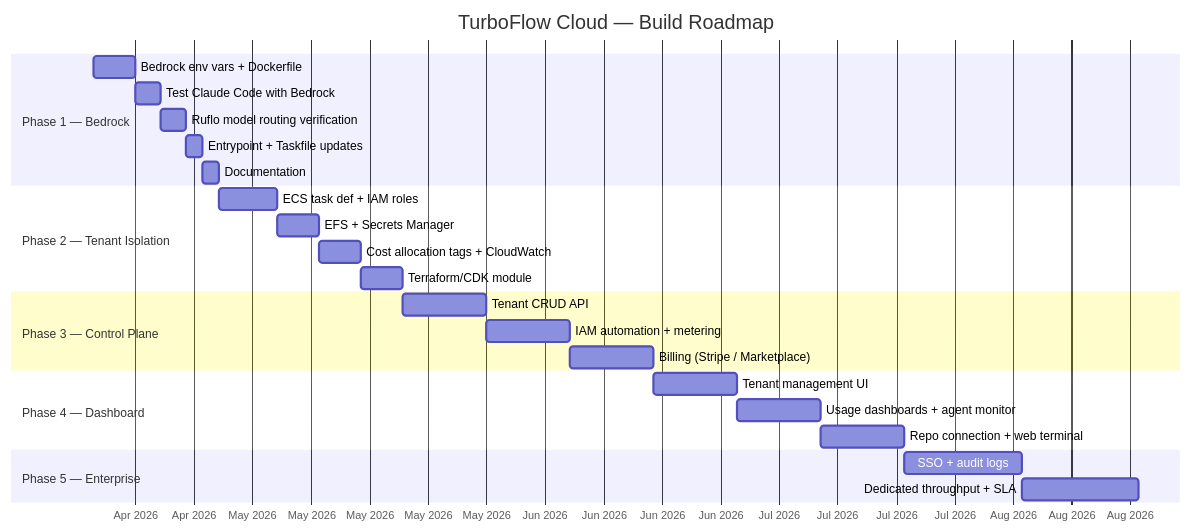
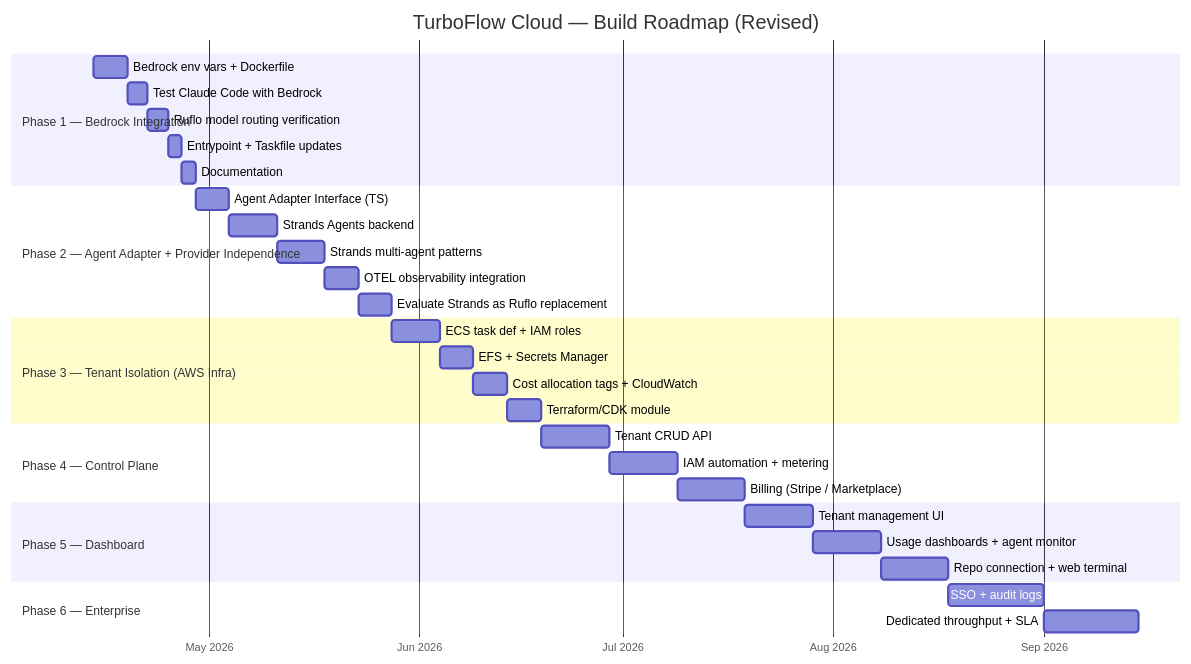
Before and after one commit to Walsen/turbo-flow: the third of 7 diagrams in planning/turboflow-cloud-product-plan.md, drawn with Mermaid. The commit also changed other lines of this file and 56 other files, not shown here.

First line of the commit message:
feat: Agent Adapter Interface + Strands Agents integration

````diff
--- a/planning/turboflow-cloud-product-plan.md
+++ b/planning/turboflow-cloud-product-plan.md
@@ -277,33 +277,40 @@
 ```mermaid
 gantt
-    title TurboFlow Cloud — Build Roadmap
+    title TurboFlow Cloud — Build Roadmap (Revised)
     dateFormat YYYY-MM-DD
     axisFormat %b %Y
 
-    section Phase 1 — Bedrock
+    section Phase 1 — Bedrock Integration
     Bedrock env vars + Dockerfile        :p1a, 2026-04-14, 5d
     Test Claude Code with Bedrock        :p1b, after p1a, 3d
     Ruflo model routing verification     :p1c, after p1b, 3d
     Entrypoint + Taskfile updates        :p1d, after p1c, 2d
     Documentation                        :p1e, after p1d, 2d
 
-    section Phase 2 — Tenant Isolation
-    ECS task def + IAM roles             :p2a, after p1e, 7d
-    EFS + Secrets Manager                :p2b, after p2a, 5d
-    Cost allocation tags + CloudWatch    :p2c, after p2b, 5d
-    Terraform/CDK module                 :p2d, after p2c, 5d
+    section Phase 2 — Agent Adapter + Provider Independence
+    Agent Adapter Interface (TS)         :p2a, after p1e, 5d
+    Strands Agents backend               :p2b, after p2a, 7d
+    Strands multi-agent patterns         :p2c, after p2b, 7d
+    OTEL observability integration       :p2d, after p2c, 5d
+    Evaluate Strands as Ruflo replacement:p2e, after p2d, 5d
 
-    section Phase 3 — Control Plane
-    Tenant CRUD API                      :p3a, after p2d, 10d
-    IAM automation + metering            :p3b, after p3a, 10d
-    Billing (Stripe / Marketplace)       :p3c, after p3b, 10d
+    section Phase 3 — Tenant Isolation (AWS Infra)
+    ECS task def + IAM roles             :p3a, after p2e, 7d
+    EFS + Secrets Manager                :p3b, after p3a, 5d
+    Cost allocation tags + CloudWatch    :p3c, after p3b, 5d
+    Terraform/CDK module                 :p3d, after p3c, 5d
 
-    section Phase 4 — Dashboard
-    Tenant management UI                 :p4a, after p3c, 10d
-    Usage dashboards + agent monitor     :p4b, after p4a, 10d
-    Repo connection + web terminal       :p4c, after p4b, 10d
+    section Phase 4 — Control Plane
+    Tenant CRUD API                      :p4a, after p3d, 10d
+    IAM automation + metering            :p4b, after p4a, 10d
+    Billing (Stripe / Marketplace)       :p4c, after p4b, 10d
 
-    section Phase 5 — Enterprise
-    SSO + audit logs                     :p5a, after p4c, 14d
-    Dedicated throughput + SLA           :p5b, after p5a, 14d
+    section Phase 5 — Dashboard
+    Tenant management UI                 :p5a, after p4c, 10d
+    Usage dashboards + agent monitor     :p5b, after p5a, 10d
+    Repo connection + web terminal       :p5c, after p5b, 10d
+
+    section Phase 6 — Enterprise
+    SSO + audit logs                     :p6a, after p5c, 14d
+    Dedicated throughput + SLA           :p6b, after p6a, 14d
 ```
````
